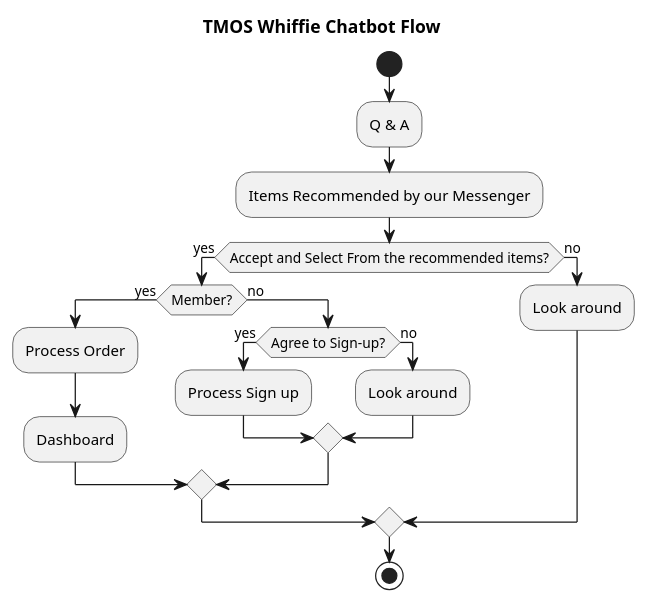
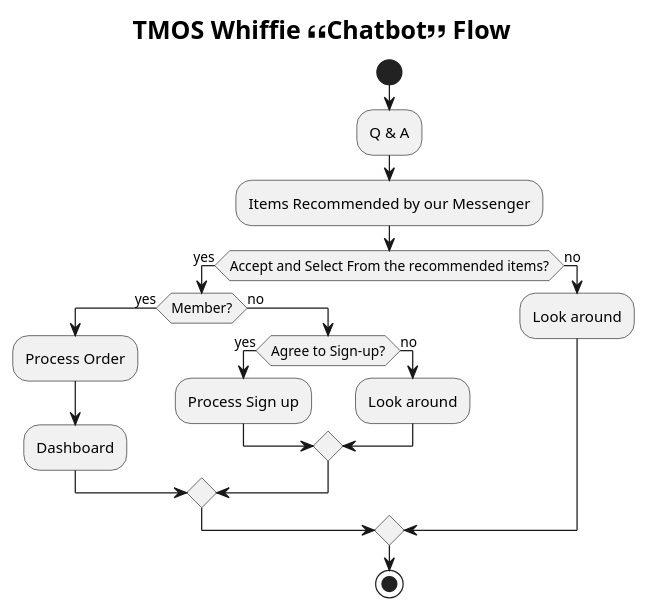
The diagram in docs/architecture/tmos_activity_chatbot.puml (pmwong008/PlantUML_boot), drawn with PlantUML before and after one commit. The commit also changed 11 other files, not shown here.

```diff
--- a/docs/architecture/tmos_activity_chatbot.puml
+++ b/docs/architecture/tmos_activity_chatbot.puml
@@ -1,26 +1,27 @@
 @startuml
-title TMOS Whiffie Chatbot Flow
+title: <size:20>TMOS Whiffie <&double-quote-serif-left>Chatbot<&double-quote-serif-right> Flow</size>
+
 start
 
 :Q & A;
 :Items Recommended by our Messenger;
 if (Accept and Select From the recommended items?) then (yes)
 
     if (Member?) then (yes)
         :Process Order;
         :Dashboard;
     else (no)
         if (Agree to Sign-up?) then (yes)
             :Process Sign up;
         else (no)
             :Look around;
         endif
 
     endif
 
 else (no)
     :Look around;
 endif
 
 stop
 @enduml
```
